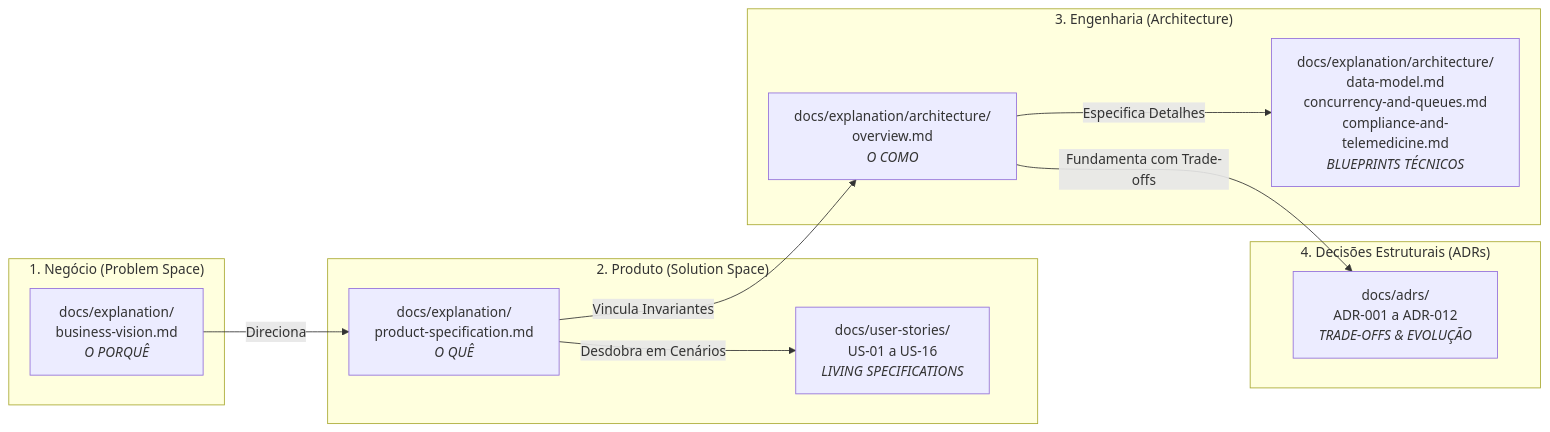
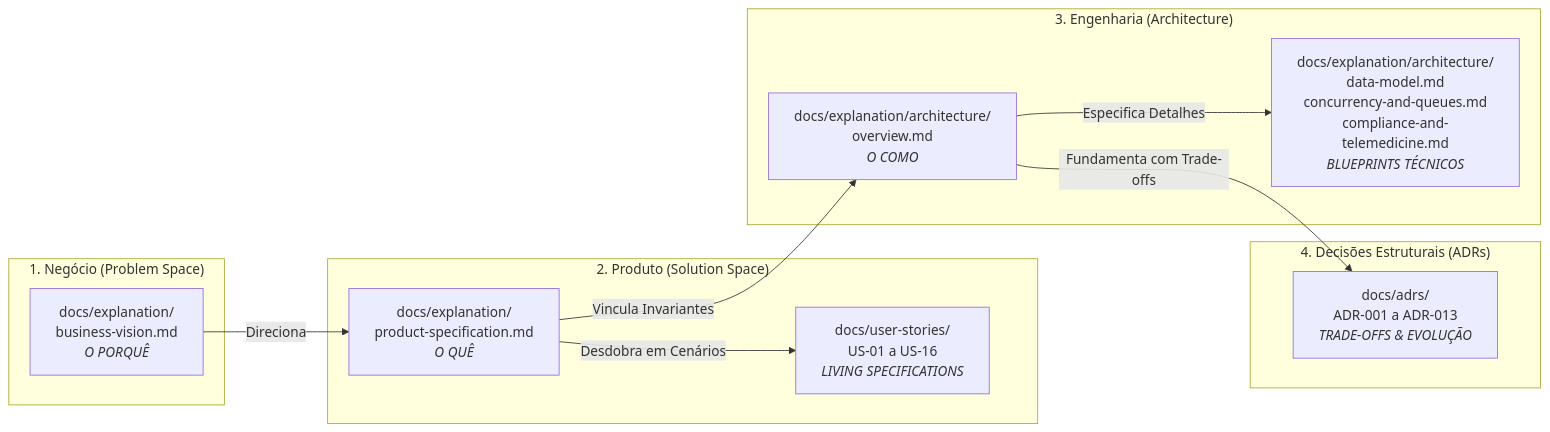
The diagram in docs/README.md (Rafaelp122/medisync), drawn with Mermaid before and after one commit. The commit also changed other lines of this file and 400 other files, not shown here.

````diff
--- a/docs/README.md
+++ b/docs/README.md
@@ -7,26 +7,26 @@
 ```mermaid
 flowchart LR
     subgraph P1["1. Negócio (Problem Space)"]
         BV["docs/explanation/<br/>business-vision.md<br/><i>O PORQUÊ</i>"]
     end
 
     subgraph P2["2. Produto (Solution Space)"]
         SP["docs/explanation/<br/>product-specification.md<br/><i>O QUÊ</i>"]
         US["docs/user-stories/<br/>US-01 a US-16<br/><i>LIVING SPECIFICATIONS</i>"]
     end
 
     subgraph P3["3. Engenharia (Architecture)"]
         AR["docs/explanation/architecture/<br/>overview.md<br/><i>O COMO</i>"]
         BM["docs/explanation/architecture/<br/>data-model.md<br/>concurrency-and-queues.md<br/>compliance-and-telemedicine.md<br/><i>BLUEPRINTS TÉCNICOS</i>"]
     end
 
     subgraph P4["4. Decisões Estruturais (ADRs)"]
-        ADR["docs/adrs/<br/>ADR-001 a ADR-012<br/><i>TRADE-OFFS & EVOLUÇÃO</i>"]
+        ADR["docs/adrs/<br/>ADR-001 a ADR-013<br/><i>TRADE-OFFS & EVOLUÇÃO</i>"]
     end
 
     BV -->|Direciona| SP
     SP -->|Desdobra em Cenários| US
     SP -->|Vincula Invariantes| AR
     AR -->|Especifica Detalhes| BM
     AR -->|Fundamenta com Trade-offs| ADR
 ```
````
